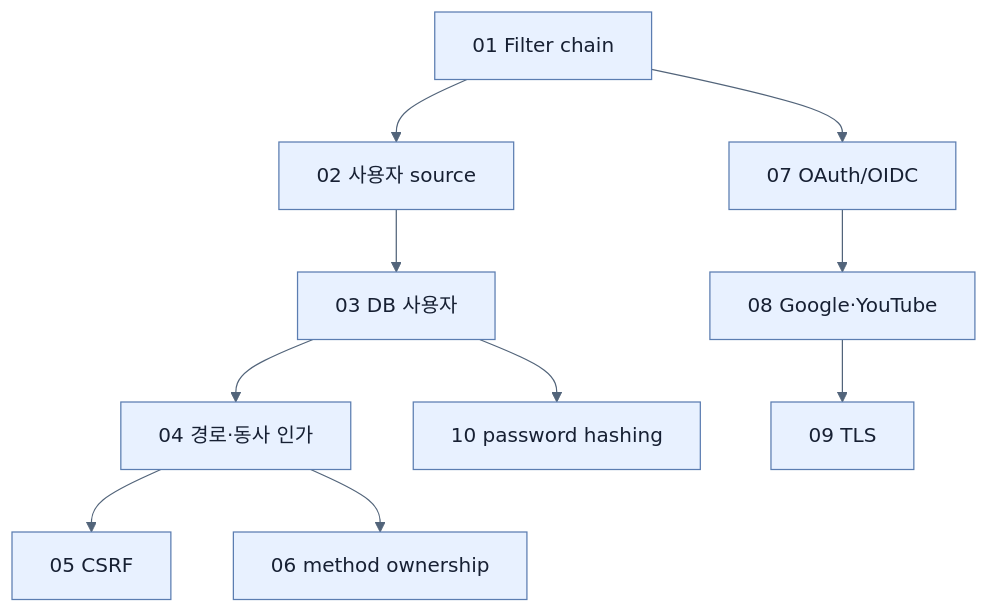
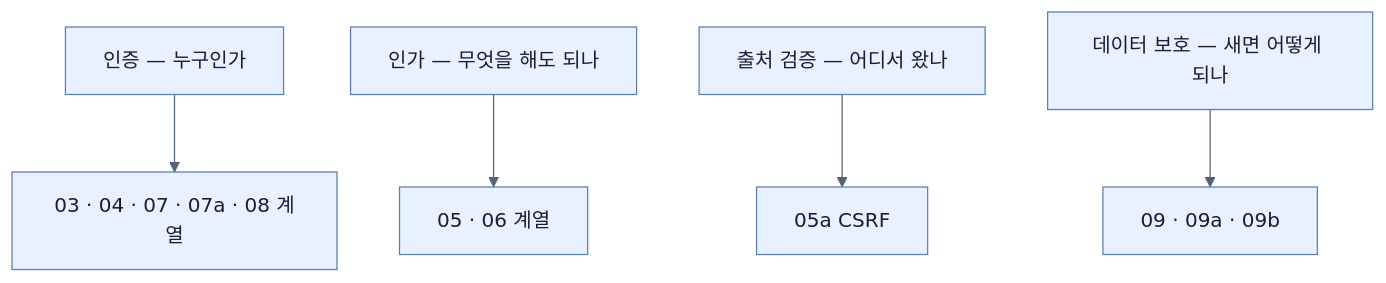
Before and after one commit to sing-u8/Learning_Spring_Boot_4: the third of 4 diagrams in spring-boot-4-pdf-notes/part-2-creating-an-application-with-spring-boot/chapter-4-securing-an-application-with-spring-boot/_map.md, drawn with Mermaid. The commit also changed other lines of this file and 253 other files, not shown here.

````diff
--- a/spring-boot-4-pdf-notes/part-2-creating-an-application-with-spring-boot/chapter-4-securing-an-application-with-spring-boot/_map.md
+++ b/spring-boot-4-pdf-notes/part-2-creating-an-application-with-spring-boot/chapter-4-securing-an-application-with-spring-boot/_map.md
@@ -3,13 +81,8 @@
 ```mermaid
 %%{init: {'theme': 'base', 'themeVariables': {'background': '#ffffff', 'primaryColor': '#e8f1ff', 'primaryTextColor': '#172033', 'primaryBorderColor': '#5b7db1', 'lineColor': '#52647a', 'secondaryColor': '#f7fbff', 'tertiaryColor': '#fff7df'}}}%%
 flowchart TD
-    F[01 Filter chain] --> U[02 사용자 source]
-    U --> D[03 DB 사용자]
-    D --> R[04 경로·동사 인가]
-    R --> C[05 CSRF]
-    R --> M[06 method ownership]
-    F --> O[07 OAuth/OIDC]
-    O --> G[08 Google·YouTube]
-    G --> T[09 TLS]
-    D --> H[10 password hashing]
+    A["인증 — 누구인가"] --> A1["03 · 04 · 07 · 07a · 08 계열"]
+    B["인가 — 무엇을 해도 되나"] --> B1["05 · 06 계열"]
+    C["출처 검증 — 어디서 왔나"] --> C1["05a CSRF"]
+    D["데이터 보호 — 새면 어떻게 되나"] --> D1["09 · 09a · 09b"]
 ```
````
